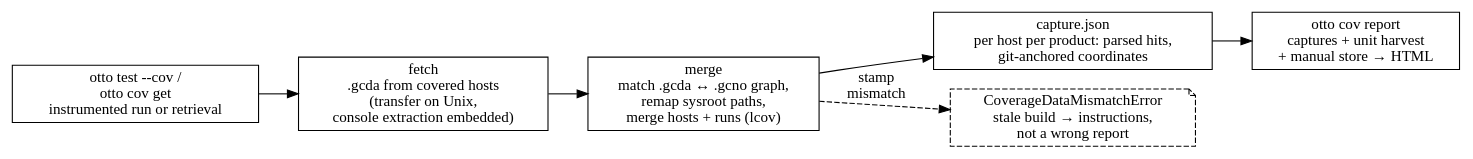
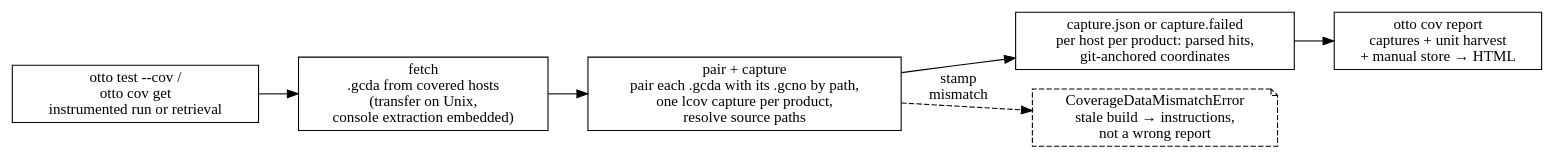
Before and after one commit to ludachrish3/otto-sh: the diagram in docs/architecture/subsystems/coverage/index.md, drawn with Graphviz. The commit also changed other lines of this file and 96 other files, not shown here.

````diff
--- a/docs/architecture/subsystems/coverage/index.md
+++ b/docs/architecture/subsystems/coverage/index.md
@@ -9,16 +9,16 @@
 ```{graphviz}
 digraph coverage {
     rankdir=LR;
     node [shape=box];
 
     test [label="otto test --cov /\notto cov get\ninstrumented run or retrieval"];
     fetch [label="fetch\n.gcda from covered hosts\n(transfer on Unix,\nconsole extraction embedded)"];
-    merge [label="merge\nmatch .gcda ↔ .gcno graph,\nremap sysroot paths,\nmerge hosts + runs (lcov)"];
-    capture [label="capture.json\nper host per product: parsed hits,\ngit-anchored coordinates"];
+    merge [label="pair + capture\npair each .gcda with its .gcno by path,\none lcov capture per product,\nresolve source paths"];
+    capture [label="capture.json or capture.failed\nper host per product: parsed hits,\ngit-anchored coordinates"];
     render [label="otto cov report\ncaptures + unit harvest\n+ manual store → HTML"];
     err [label="CoverageDataMismatchError\nstale build → instructions,\nnot a wrong report", shape=note, style=dashed];
 
     test -> fetch -> merge -> capture -> render;
     merge -> err [style=dashed, label=" stamp\nmismatch"];
 }
 ```
````
